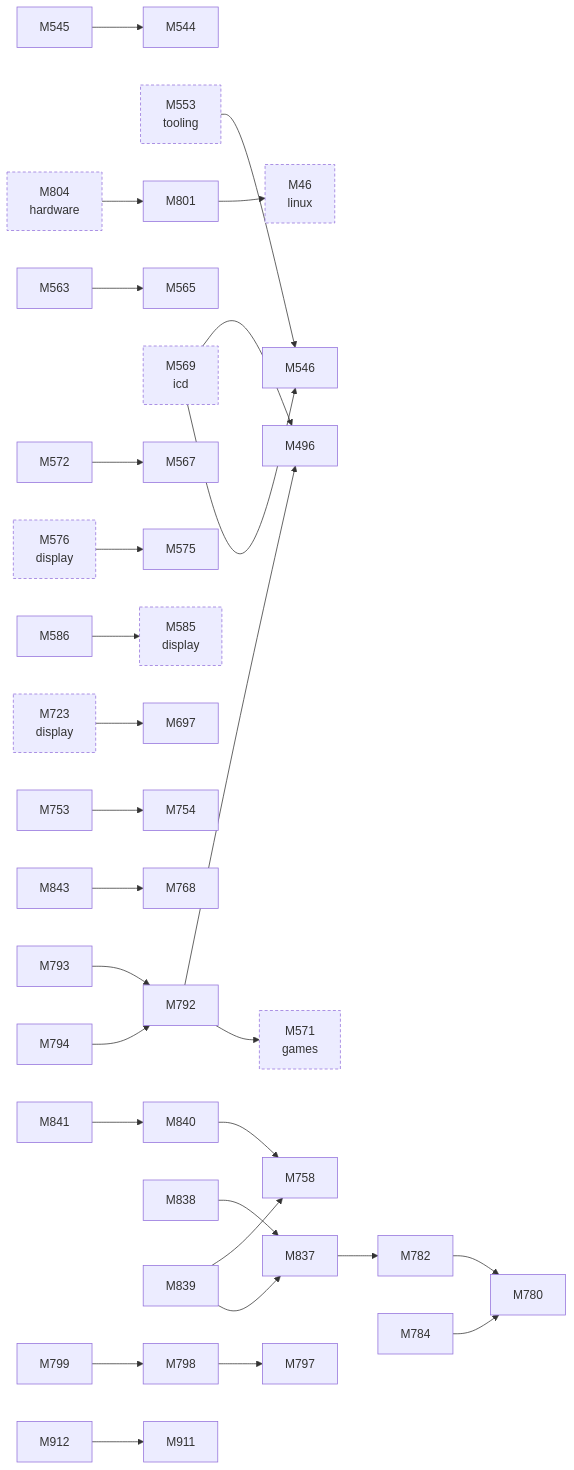
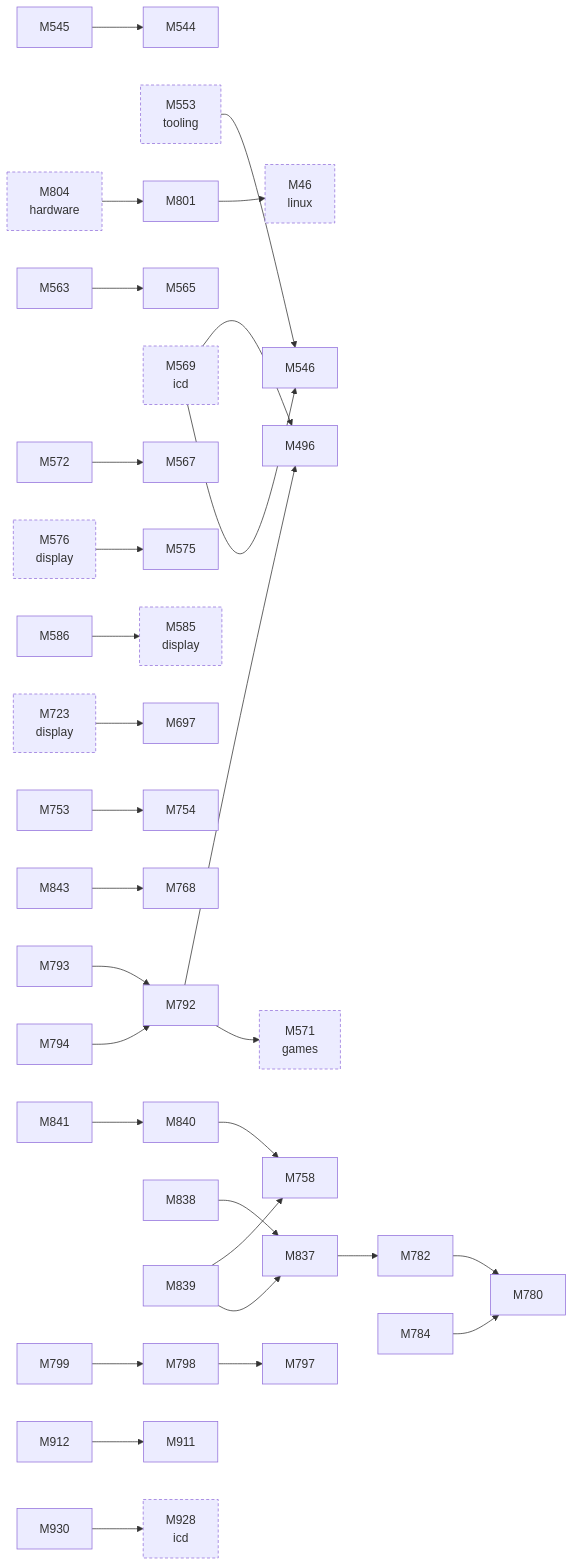
Before and after one commit to D-Ogi/amdgpu-wddm: the second of 2 diagrams in docs/facts/graphs/d3d.md, drawn with Mermaid. The commit also changed 53 other files, not shown here.

````diff
--- a/docs/facts/graphs/d3d.md
+++ b/docs/facts/graphs/d3d.md
@@ -34,74 +34,77 @@
 ```mermaid
 flowchart LR
   M46["M46<br/>linux"]
   M496["M496"]
   M544["M544"]
   M545["M545"]
   M546["M546"]
   M553["M553<br/>tooling"]
   M563["M563"]
   M565["M565"]
   M567["M567"]
   M569["M569<br/>icd"]
   M571["M571<br/>games"]
   M572["M572"]
   M575["M575"]
   M576["M576<br/>display"]
   M585["M585<br/>display"]
   M586["M586"]
   M697["M697"]
   M723["M723<br/>display"]
   M753["M753"]
   M754["M754"]
   M758["M758"]
   M768["M768"]
   M780["M780"]
   M782["M782"]
   M784["M784"]
   M792["M792"]
   M793["M793"]
   M794["M794"]
   M797["M797"]
   M798["M798"]
   M799["M799"]
   M801["M801"]
   M804["M804<br/>hardware"]
   M837["M837"]
   M838["M838"]
   M839["M839"]
   M840["M840"]
   M841["M841"]
   M843["M843"]
   M911["M911"]
   M912["M912"]
+  M928["M928<br/>icd"]
+  M930["M930"]
   M804 --> M801
   M576 --> M575
   M723 --> M697
   M569 --> M496
   M569 --> M546
   M545 --> M544
   M563 --> M565
   M572 --> M567
   M586 --> M585
   M753 --> M754
   M782 --> M780
   M784 --> M780
   M792 --> M496
   M792 --> M571
   M793 --> M792
   M794 --> M792
   M798 --> M797
   M799 --> M798
   M801 --> M46
   M837 --> M782
   M838 --> M837
   M839 --> M758
   M839 --> M837
   M840 --> M758
   M841 --> M840
   M843 --> M768
   M912 --> M911
+  M930 --> M928
   M553 --> M546
   classDef other stroke-dasharray:4 3
-  class M46,M553,M569,M571,M576,M585,M723,M804 other
+  class M46,M553,M569,M571,M576,M585,M723,M804,M928 other
 ```
````
